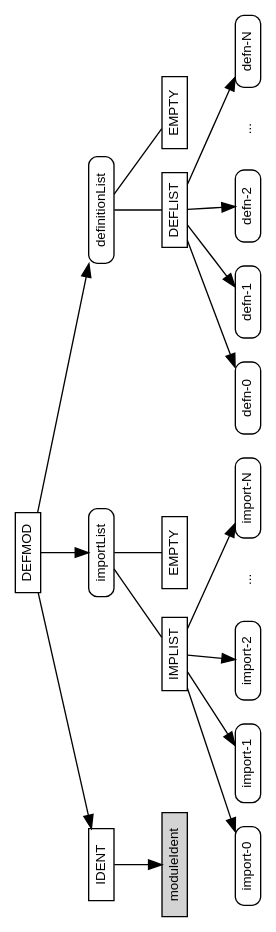
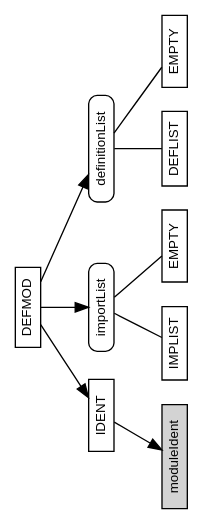
The diagram in defmod.dot (m2sf/M2-AST-Node-Diagrams), drawn with Graphviz before and after one commit.

Commit message:
simplified diagram

```diff
--- a/defmod.dot
+++ b/defmod.dot
@@ -1,112 +1,73 @@
 /* AST node diagram generator script collection for M2C, M2J and M2Sharp.
  *
  * Copyright (c) 2016 The Modula-2 Software Foundation
  *
  * Author & Maintainer: Benjamin Kowarsch <org.m2sf>
  *
  * @synopsis
  *
  * The M2C, M2J and M2Sharp compilers are multi-dialect Modula-2 translators
  * and compilers respectively targeting C99, Java/JVM and C#/CLR, sharing a
  * common abstract syntax tree (AST) specification.
  *
  * The AST node diagram generator script collection consists of Graphviz DOT
  * descriptions for all AST node types of the common AST specification.
  *
  * The Graphviz dot utility is required to generate the diagrams. 
  * It may be obtained from http://www.graphviz.org/download.php.
  *
  * @repository
  *
  * https://github.com/m2sf/m2-ast-node-diagrams
  *
  * @file
  *
  * defmod.dot
  *
  * DEFMOD node diagram.
  *
  * Usage: $ dot defmod.dot -Tps > defmod.ps
  *
  * @license
  *
  * This is free software: you can redistribute and/or modify it under the
  * terms of the GNU Lesser General Public License (LGPL) either version 2.1
  * or at your choice version 3 as published by the Free Software Foundation.
  * However, you may not alter the copyright, author and license information.
  *
  * It is distributed in the hope that it will be useful,  but WITHOUT
  * ANY WARRANTY; without even the implied warranty of MERCHANTABILITY or
  * FITNESS FOR A PARTICULAR PURPOSE.  Read the license for more details.
  *
  * You should have received a copy of the GNU Lesser General Public License.
  * If not, see <https://www.gnu.org/copyleft/lesser.html>.
  *
  * NB: Components in the domain part of email addresses are in reverse order.
  */
 
-/*** Definition Module Node ***/
+/*** DEFMOD Node ***/
 
 digraph DEFMOD {
   graph [orientation=landscape,fontname=helvetica];
   node [fontname=helvetica,fontsize=10,shape=box,height=0.25];
     
-  DEFMOD -> id0;
+  DEFMOD -> { id0 id1 id2 };
   id0 [label="IDENT"];
+  id1 [label="importList",style=rounded];
+  id2 [label="definitionList",style=rounded];
+  
   id0 -> moduleIdent;
   moduleIdent [style=filled,fillcolor=lightgrey];
   
-  node [style=invis]; edge [style=invis];
-  DEFMOD -> ___veryLongDummy0___;
-  node [style=solid]; edge [style=solid];
+  edge [arrowhead=none];
   
-  DEFMOD -> importList;
+  id1 -> { id3 id4 };
+  id3 [label="IMPLIST"];
+  id4 [label="EMPTY"];
   
-  node [style=invis]; edge [style=invis];
-  DEFMOD -> ___veryLongDummy1___;
-  node [style=solid]; edge [style=solid];
-  
-  DEFMOD -> definitionList;
-  
-  node [style=solid];
-  edge [arrowhead=none];
-  importList [style=rounded];
-  importList -> { IMPLIST empty0 };
-  empty0 [label="EMPTY"];
-  edge [arrowhead=normal];
-  
-  node [style=rounded];
-  IMPLIST -> { imp0 imp1 imp2 };
-  edge [style=invis]; node [width=0]; nodesep=0;
-  IMPLIST -> ellipsis0;
-  edge [style=solid]; node [width=0.75]; nodesep=0.25;
-  IMPLIST -> impN;
-  imp0 [label="import-0"];
-  imp1 [label="import-1"];
-  imp2 [label="import-2"];
-  ellipsis0 [label="..."];
-  ellipsis0 [shape=none];
-  impN [label="import-N"];
-  
-  node [style=solid];
-  edge [arrowhead=none];
-  definitionList [style=rounded];
-  definitionList -> { DEFLIST empty1 };
-  empty1 [label="EMPTY"];
-  edge [arrowhead=normal];
-    
-  node [style=rounded];
-  DEFLIST -> { defn0 defn1 defn2 };
-  edge [style=invis]; node [width=0]; nodesep=0;
-  DEFLIST -> ellipsis1;
-  edge [style=solid]; node [width=0.75]; nodesep=0.25;
-  DEFLIST -> defnN;
-  defn0 [label="defn-0"];
-  defn1 [label="defn-1"];
-  defn2 [label="defn-2"];
-  ellipsis1 [label="..."];
-  ellipsis1 [shape=none];
-  defnN [label="defn-N"];
+  id2 -> { id5 id6 };
+  id5 [label="DEFLIST"];
+  id6 [label="EMPTY"];
 }
 
 /* END OF FILE */
```
